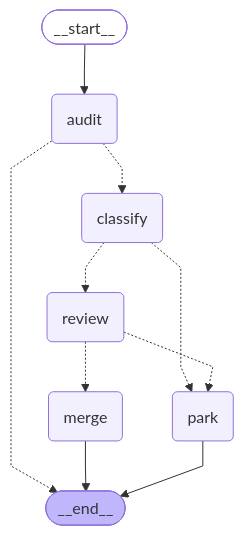
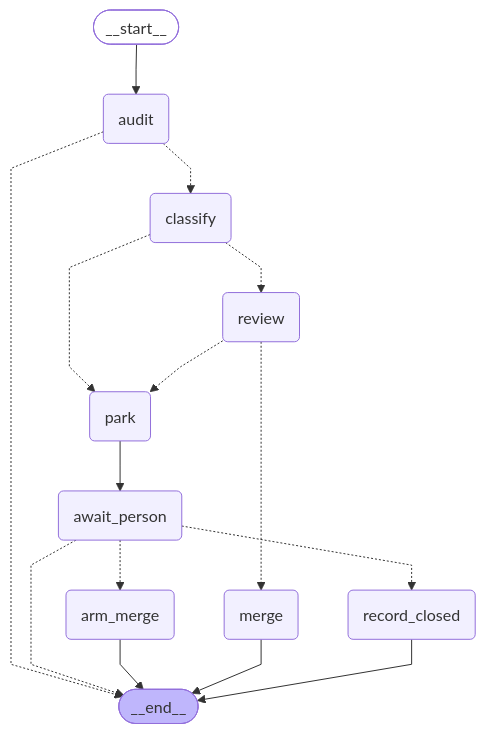
Before and after one commit to Misoto22/touchstone: the diagram in docs/graph.md, drawn with Mermaid. The commit also changed 6 other files, not shown here.

````diff
--- a/docs/graph.md
+++ b/docs/graph.md
@@ -4,27 +4,35 @@
 ```mermaid
 ---
 config:
   flowchart:
     curve: linear
 ---
 graph TD;
 	__start__([<p>__start__</p>]):::first
 	audit(audit)
 	classify(classify)
 	review(review)
 	merge(merge)
 	park(park)
+	await_person(await_person)
+	arm_merge(arm_merge)
+	record_closed(record_closed)
 	__end__([<p>__end__</p>]):::last
 	__start__ --> audit;
 	audit -.-> __end__;
 	audit -.-> classify;
+	await_person -.-> __end__;
+	await_person -.-> arm_merge;
+	await_person -.-> record_closed;
 	classify -.-> park;
 	classify -.-> review;
+	park --> await_person;
 	review -.-> merge;
 	review -.-> park;
+	arm_merge --> __end__;
 	merge --> __end__;
-	park --> __end__;
+	record_closed --> __end__;
 	classDef default fill:#f2f0ff,line-height:1.2
 	classDef first fill-opacity:0
 	classDef last fill:#bfb6fc
 ```
````
